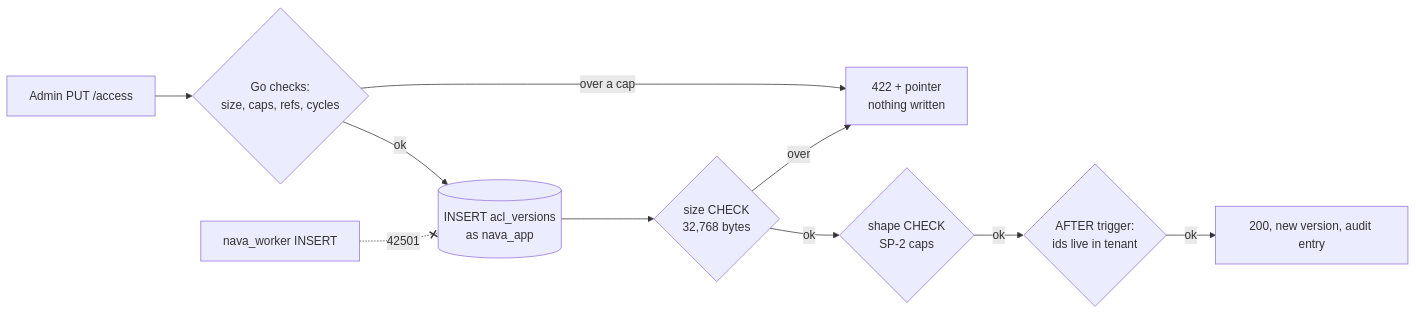
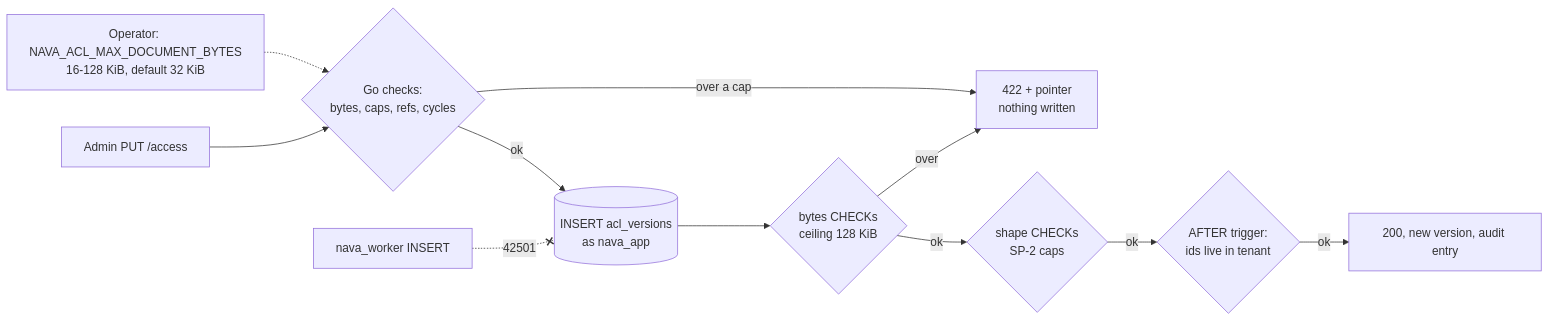
One commit to Navaladi2019/TicketingSystem changed the diagram in docs/adr/ADR-010-A1-sp2-caps-size-cap-app-only-publish.md. Above: the diagram before and after it, drawn with Mermaid. The commit also changed other lines of this file and 156 other files, not shown here.

````diff
--- a/docs/adr/ADR-010-A1-sp2-caps-size-cap-app-only-publish.md
+++ b/docs/adr/ADR-010-A1-sp2-caps-size-cap-app-only-publish.md
@@ -53,12 +55,13 @@
 ```mermaid
 flowchart LR
-  A[Admin PUT /access] --> R{Go checks:<br/>size, caps, refs, cycles}
+  OP[Operator: NAVA_ACL_MAX_DOCUMENT_BYTES<br/>16-128 KiB, default 32 KiB] -.-> R
+  A[Admin PUT /access] --> R{Go checks:<br/>bytes, caps, refs, cycles}
   R -- over a cap --> E[422 + pointer<br/>nothing written]
   R -- ok --> T[(INSERT acl_versions<br/>as nava_app)]
-  T --> S{size CHECK<br/>32,768 bytes}
+  T --> S{bytes CHECKs<br/>ceiling 128 KiB}
   S -- over --> E
-  S -- ok --> C{shape CHECK<br/>SP-2 caps}
+  S -- ok --> C{shape CHECKs<br/>SP-2 caps}
   C -- ok --> G{AFTER trigger:<br/>ids live in tenant}
   G -- ok --> OK[200, new version, audit entry]
   W[nava_worker INSERT] -. 42501 .-x T
 ```
````
